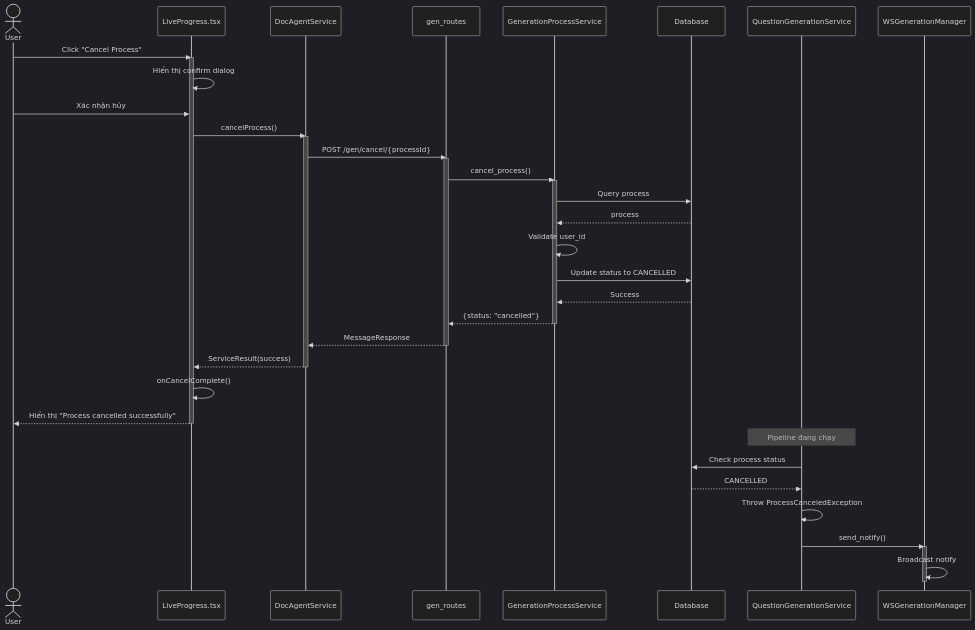
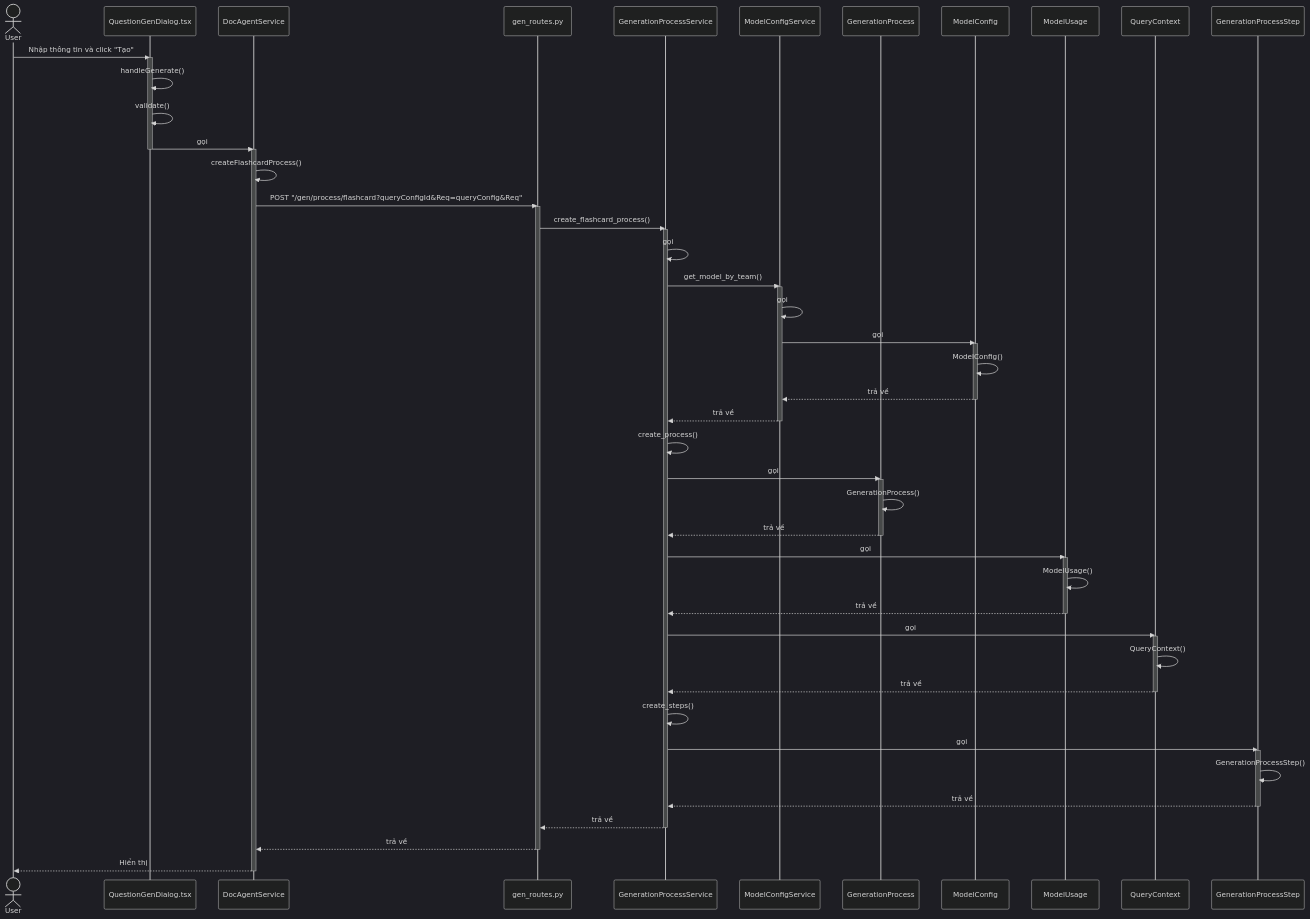
Before and after one commit to mduc-2610/gp_doc: the sixth of 10 diagrams in generation/4_generation_batch_seq.md, drawn with Mermaid (dark theme). The commit also changed other lines of this file and 34 other files, not shown here.

````diff
--- a/generation/4_generation_batch_seq.md
+++ b/generation/4_generation_batch_seq.md
@@ -717,49 +347,84 @@
 ```mermaid
 sequenceDiagram
     actor User
-    participant LiveProgress as LiveProgress.tsx
+    participant QuestionGenDialog as QuestionGenDialog.tsx
     participant DocAgentService as DocAgentService
-    participant GenRoutes as gen_routes
-    participant GenProcessService as GenerationProcessService
-    participant DB as Database
-    participant QuestionGenService as QuestionGenerationService
-    participant WSManager as WSGenerationManager
+    participant GenRoutes as gen_routes.py
+    participant GenerationProcessService as GenerationProcessService
+    participant ModelConfigService as ModelConfigService
+    participant GenerationProcess as GenerationProcess
+    participant ModelConfig as ModelConfig
+    participant ModelUsage as ModelUsage
+    participant QueryContext as QueryContext
+    participant GenerationProcessStep as GenerationProcessStep
 
-    User->>LiveProgress: Click "Cancel Process"
-    activate LiveProgress
-    LiveProgress->>LiveProgress: Hiển thị confirm dialog
-    User->>LiveProgress: Xác nhận hủy
+    User->>QuestionGenDialog: Nhập thông tin và click "Tạo"
+    activate QuestionGenDialog
     
-    LiveProgress->>DocAgentService: cancelProcess()
+    QuestionGenDialog->>QuestionGenDialog: handleGenerate()
+    QuestionGenDialog->>QuestionGenDialog: validate()
+    QuestionGenDialog->>DocAgentService: gọi
+    deactivate QuestionGenDialog
     activate DocAgentService
-    DocAgentService->>GenRoutes: POST /gen/cancel/{processId}
+    
+    DocAgentService->>DocAgentService: createFlashcardProcess()
+    DocAgentService->>GenRoutes: POST "/gen/process/flashcard?queryConfigId&Req=queryConfig&Req"
     activate GenRoutes
     
-    GenRoutes->>GenProcessService: cancel_process()
-    activate GenProcessService
-    GenProcessService->>DB: Query process
-    DB-->>GenProcessService: process
-    GenProcessService->>GenProcessService: Validate user_id
-    GenProcessService->>DB: Update status to CANCELLED
-    DB-->>GenProcessService: Success
-    GenProcessService-->>GenRoutes: {status: "cancelled"}
-    deactivate GenProcessService
+    GenRoutes->>GenerationProcessService: create_flashcard_process()
+    activate GenerationProcessService
     
-    GenRoutes-->>DocAgentService: MessageResponse
+    GenerationProcessService->>GenerationProcessService: gọi
+    GenerationProcessService->>ModelConfigService: get_model_by_team()
+    activate ModelConfigService
+    
+    ModelConfigService->>ModelConfigService: gọi
+    ModelConfigService->>ModelConfig: gọi
+    activate ModelConfig
+    
+    ModelConfig->>ModelConfig: ModelConfig()
+    ModelConfig-->>ModelConfigService: trả về
+    deactivate ModelConfig
+    
+    ModelConfigService-->>GenerationProcessService: trả về
+    deactivate ModelConfigService
+    
+    GenerationProcessService->>GenerationProcessService: create_process()
+    GenerationProcessService->>GenerationProcess: gọi
+    activate GenerationProcess
+    
+    GenerationProcess->>GenerationProcess: GenerationProcess()
+    GenerationProcess-->>GenerationProcessService: trả về
+    deactivate GenerationProcess
+    
+    GenerationProcessService->>ModelUsage: gọi
+    activate ModelUsage
+    
+    ModelUsage->>ModelUsage: ModelUsage()
+    ModelUsage-->>GenerationProcessService: trả về
+    deactivate ModelUsage
+    
+    GenerationProcessService->>QueryContext: gọi
+    activate QueryContext
+    
+    QueryContext->>QueryContext: QueryContext()
+    QueryContext-->>GenerationProcessService: trả về
+    deactivate QueryContext
+    
+    GenerationProcessService->>GenerationProcessService: create_steps()
+    GenerationProcessService->>GenerationProcessStep: gọi
+    activate GenerationProcessStep
+    
+    GenerationProcessStep->>GenerationProcessStep: GenerationProcessStep()
+    GenerationProcessStep-->>GenerationProcessService: trả về
+    deactivate GenerationProcessStep
+    
+    GenerationProcessService-->>GenRoutes: trả về
+    deactivate GenerationProcessService
+    
+    GenRoutes-->>DocAgentService: trả về
     deactivate GenRoutes
-    DocAgentService-->>LiveProgress: ServiceResult(success)
+    
+    DocAgentService-->>User: Hiển thị
     deactivate DocAgentService
-    
-    LiveProgress->>LiveProgress: onCancelComplete()
-    LiveProgress-->>User: Hiển thị "Process cancelled successfully"
-    deactivate LiveProgress
-    
-    Note over QuestionGenService: Pipeline đang chạy
-    QuestionGenService->>DB: Check process status
-    DB-->>QuestionGenService: CANCELLED
-    QuestionGenService->>QuestionGenService: Throw ProcessCanceledException
-    QuestionGenService->>WSManager: send_notify()
-    activate WSManager
-    WSManager->>WSManager: Broadcast notify
-    deactivate WSManager
 ```
````
